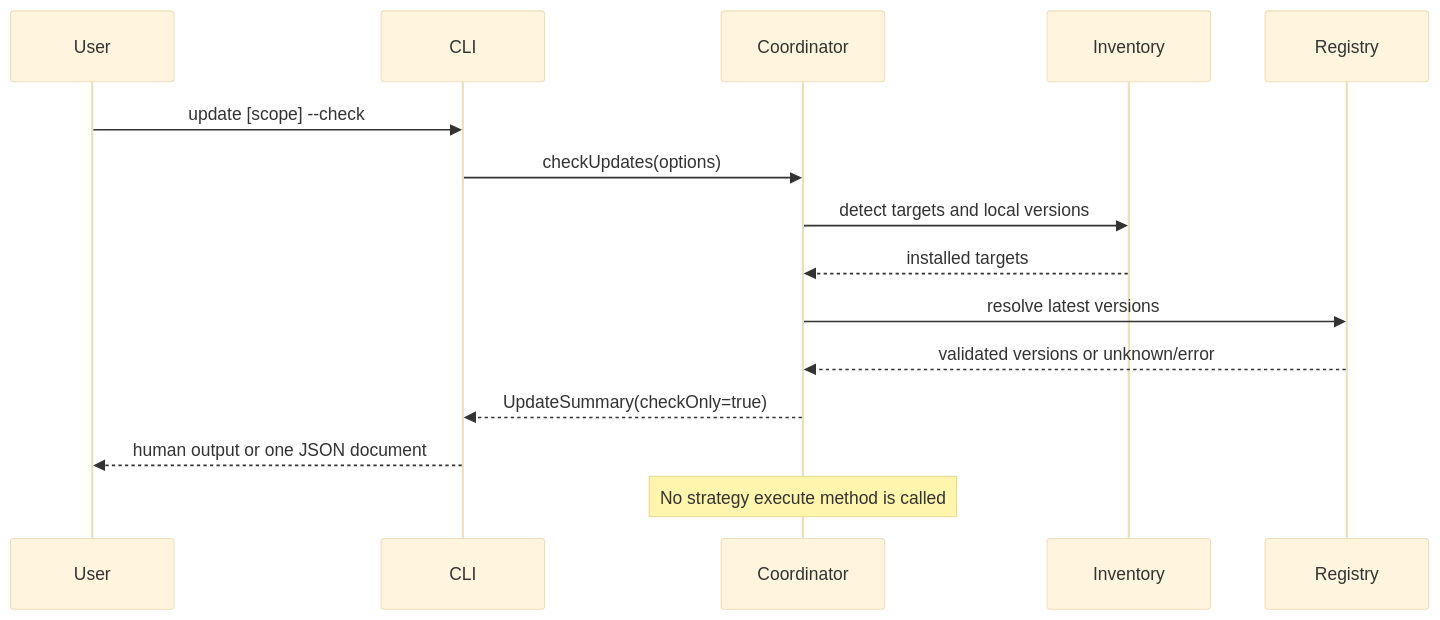
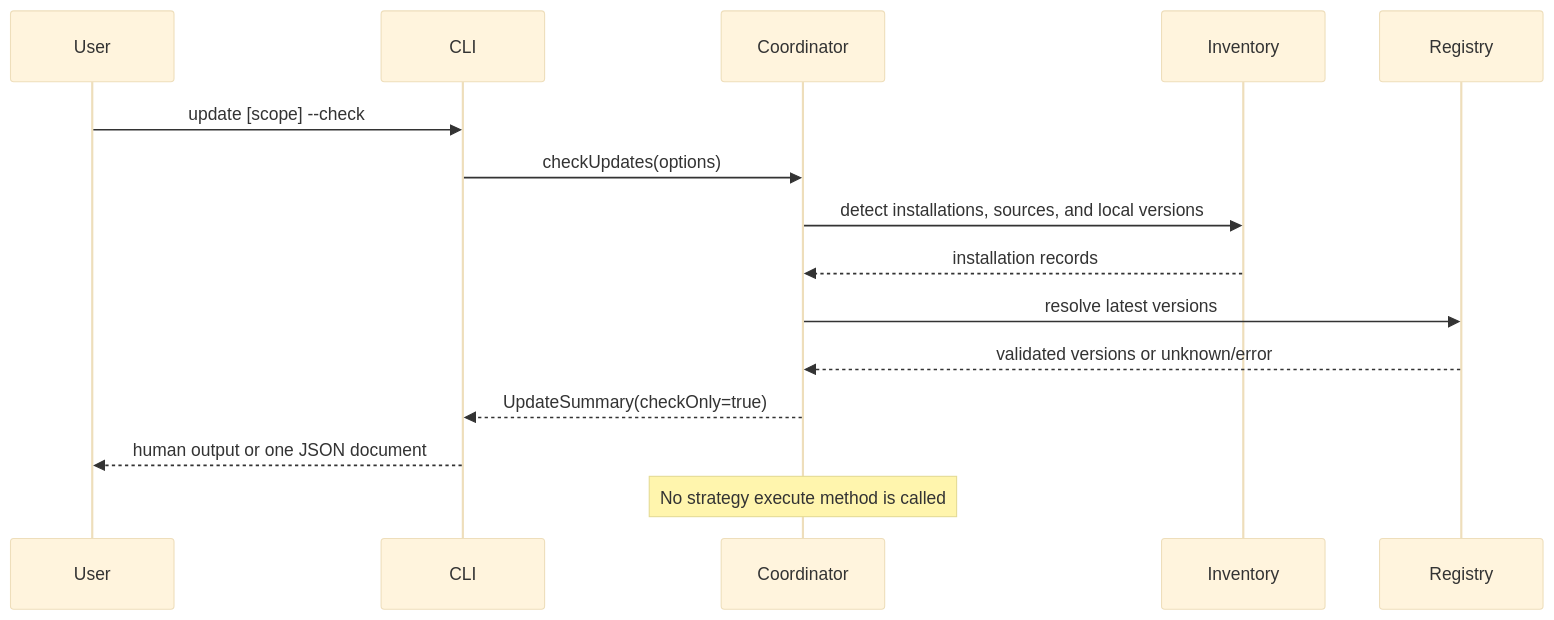
One commit to nodesource/nsolid-plugin changed the first of 4 diagrams in openspec/changes/add-update-flow/design.md. Above: the diagram before and after it, drawn with Mermaid (base theme). The commit also changed other lines of this file and 3 other files, not shown here.

First line of the commit message:
docs(openspec): harden add-update-flow contracts

````diff
--- a/openspec/changes/add-update-flow/design.md
+++ b/openspec/changes/add-update-flow/design.md
@@ -265,18 +328,18 @@
 ```mermaid
 sequenceDiagram
     participant User
     participant CLI
     participant Coordinator
     participant Inventory
     participant Registry
 
     User->>CLI: update [scope] --check
     CLI->>Coordinator: checkUpdates(options)
-    Coordinator->>Inventory: detect targets and local versions
-    Inventory-->>Coordinator: installed targets
+    Coordinator->>Inventory: detect installations, sources, and local versions
+    Inventory-->>Coordinator: installation records
     Coordinator->>Registry: resolve latest versions
     Registry-->>Coordinator: validated versions or unknown/error
     Coordinator-->>CLI: UpdateSummary(checkOnly=true)
     CLI-->>User: human output or one JSON document
     Note over Coordinator: No strategy execute method is called
 ```
````
